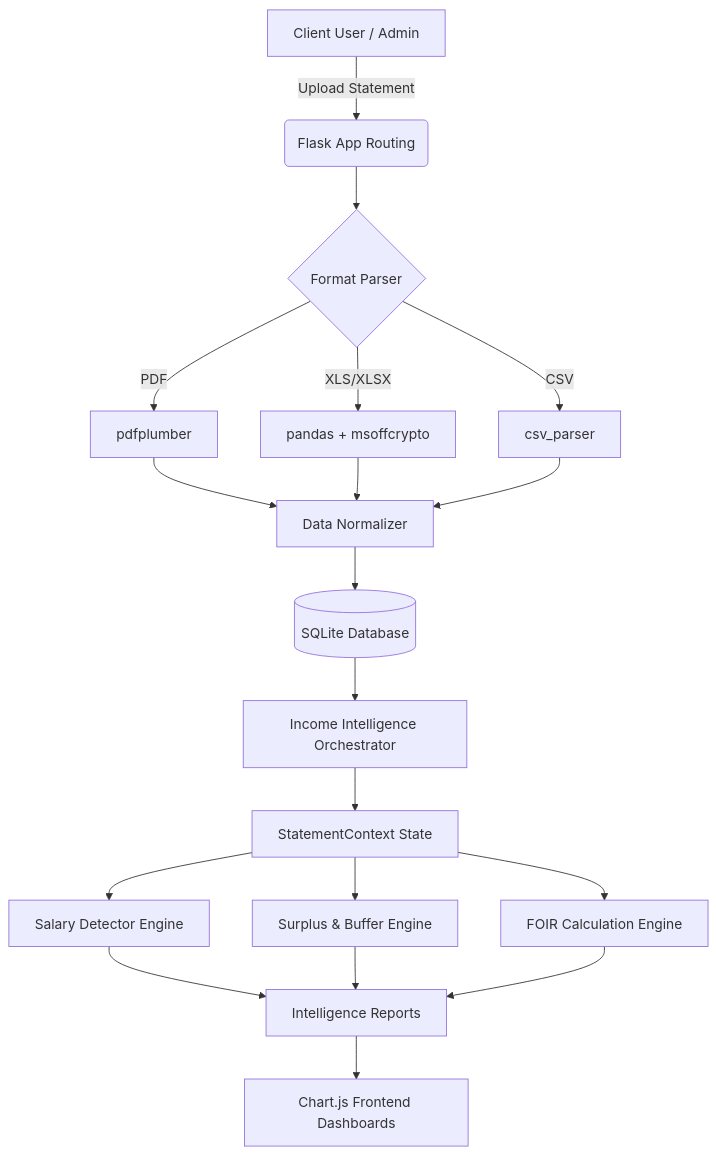
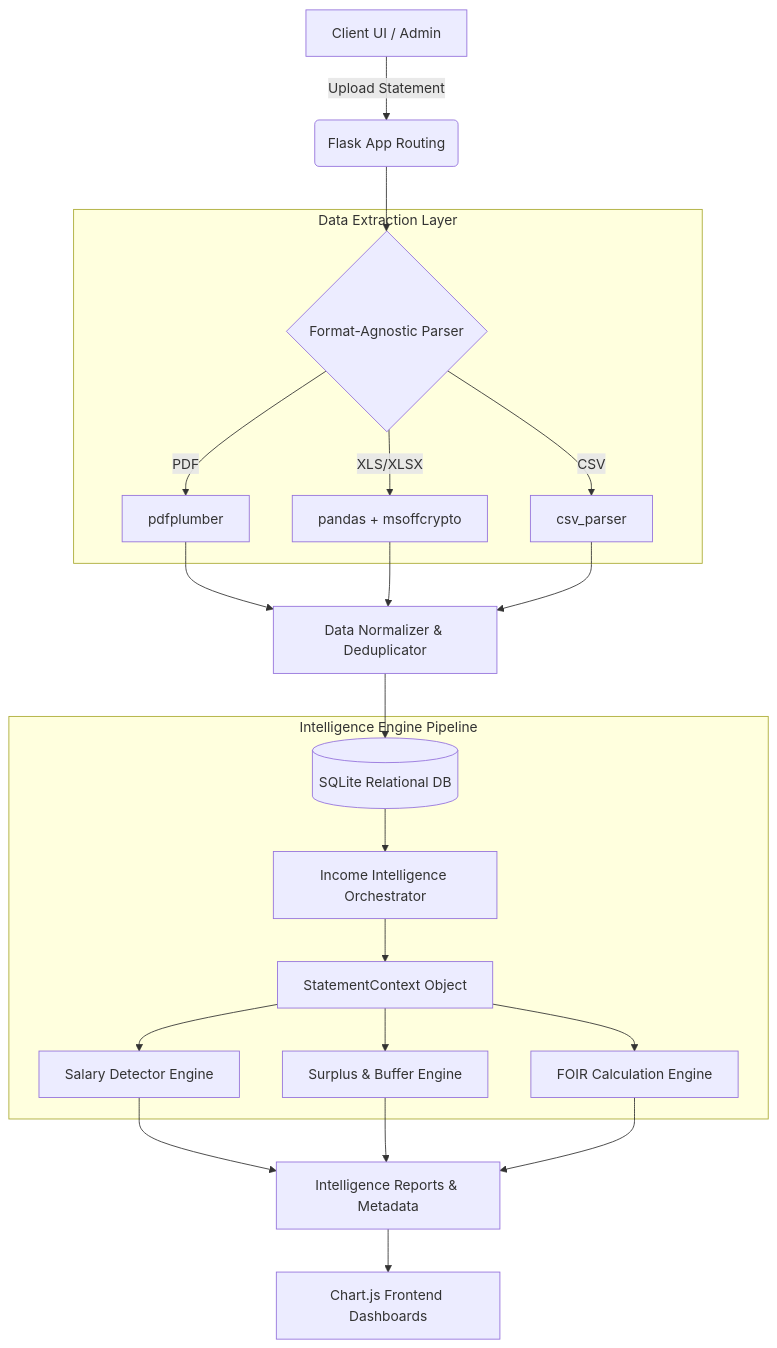
One commit to ManasPurnendu/Bank-Statement-Analyzer changed the diagram in README.md. Above: the diagram before and after it, drawn with Mermaid. The commit also changed other lines of this file, not shown here.

````diff
--- a/README.md
+++ b/README.md
@@ -17,27 +36,33 @@
 ```mermaid
 graph TD
-    A[Client User / Admin] -->|Upload Statement| B(Flask App Routing)
-    B --> C{Format Parser}
-    C -->|PDF| D[pdfplumber]
-    C -->|XLS/XLSX| E[pandas + msoffcrypto]
-    C -->|CSV| F[csv_parser]
+    %% Core Architecture Diagram
+    A[Client UI / Admin] -->|Upload Statement| B(Flask App Routing)
+    B --> C{Format-Agnostic Parser}
     
-    D --> G[Data Normalizer]
+    subgraph Data Extraction Layer
+        C -->|PDF| D[pdfplumber]
+        C -->|XLS/XLSX| E[pandas + msoffcrypto]
+        C -->|CSV| F[csv_parser]
+    end
+    
+    D --> G[Data Normalizer & Deduplicator]
     E --> G
     F --> G
     
-    G --> H[(SQLite Database)]
+    G --> H[(SQLite Relational DB)]
     
-    H --> I[Income Intelligence Orchestrator]
-    I --> J[StatementContext State]
+    subgraph Intelligence Engine Pipeline
+        H --> I[Income Intelligence Orchestrator]
+        I --> J[StatementContext Object]
+        
+        J --> K[Salary Detector Engine]
+        J --> L[Surplus & Buffer Engine]
+        J --> M[FOIR Calculation Engine]
+    end
     
-    J --> K[Salary Detector Engine]
-    J --> L[Surplus & Buffer Engine]
-    J --> M[FOIR Calculation Engine]
-    
-    K --> N[Intelligence Reports]
+    K --> N[Intelligence Reports & Metadata]
     L --> N
     M --> N
     
     N --> O[Chart.js Frontend Dashboards]
 ```
````
